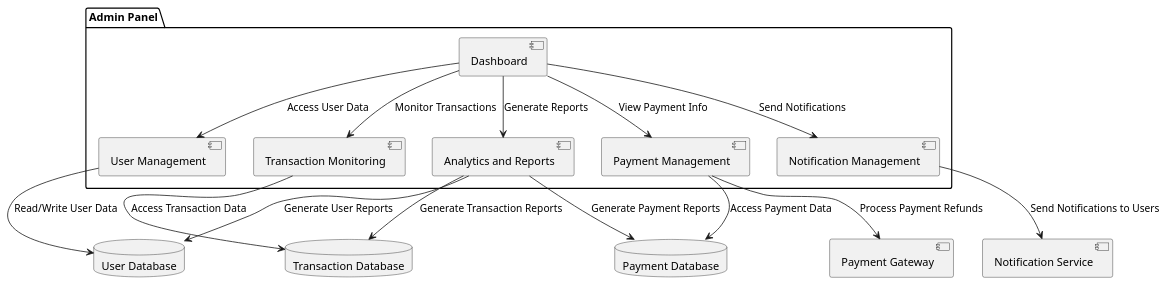
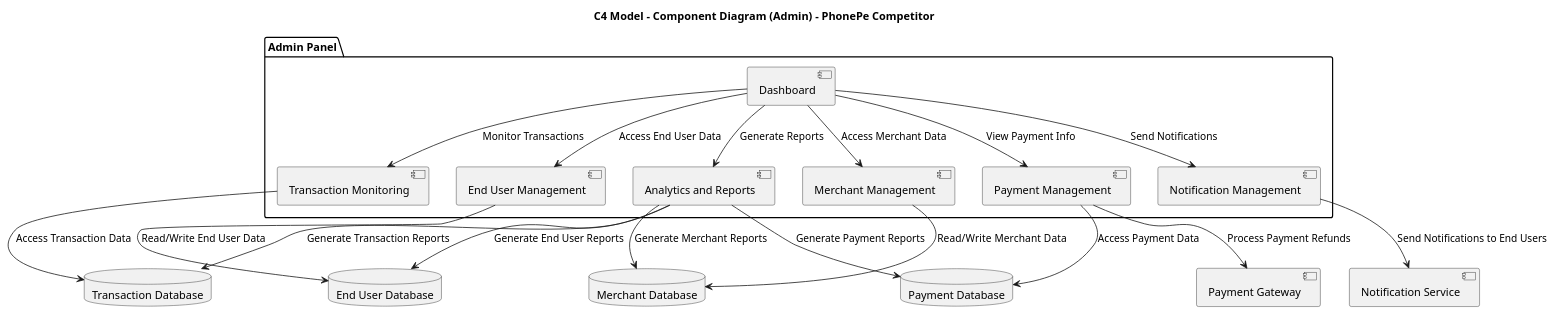
Before and after one commit to IIITLucknowSWEngg/CSITTeam014: the seventh of 8 diagrams in Assignment2/Architecture.md, drawn with PlantUML. The commit also changed other lines of this file, not shown here.

````diff
--- a/Assignment2/Architecture.md
+++ b/Assignment2/Architecture.md
@@ -291,41 +310,49 @@
 ```plantuml
 @startuml
 
 ' Define the system components for the Admin Panel
+title C4 Model - Component Diagram (Admin) - PhonePe Competitor
+
 package "Admin Panel" {
     component "Dashboard" as Dashboard
-    component "User Management" as UserManagement
+    component "End User Management" as UserManagement
+    component "Merchant Management" as MerchantManagement
     component "Transaction Monitoring" as TransactionMonitoring
     component "Payment Management" as PaymentManagement
     component "Analytics and Reports" as AnalyticsReports
     component "Notification Management" as NotificationManagement
 }
 
 ' External services used by the Admin Panel
-database "User Database" as UserDB
+database "End User Database" as UserDB
+database "Merchant Database" as MerchantDB
 database "Transaction Database" as TransactionDB
 database "Payment Database" as PaymentDB
 component "Notification Service" as NotificationService
 component "Payment Gateway" as PaymentGateway
 
 ' Relationships between Admin Panel components
-Dashboard --> UserManagement : Access User Data
+Dashboard --> UserManagement : Access End User Data
+Dashboard --> MerchantManagement : Access Merchant Data
 Dashboard --> TransactionMonitoring : Monitor Transactions
 Dashboard --> PaymentManagement : View Payment Info
 Dashboard --> AnalyticsReports : Generate Reports
 Dashboard --> NotificationManagement : Send Notifications
 
 ' Internal component interactions
-UserManagement --> UserDB : Read/Write User Data
+UserManagement --> UserDB : Read/Write End User Data
+MerchantManagement --> MerchantDB : Read/Write  Merchant Data
 TransactionMonitoring --> TransactionDB : Access Transaction Data
 PaymentManagement --> PaymentDB : Access Payment Data
-AnalyticsReports --> UserDB : Generate User Reports
+AnalyticsReports --> UserDB : Generate End User Reports
+AnalyticsReports --> MerchantDB : Generate Merchant Reports
 AnalyticsReports --> TransactionDB : Generate Transaction Reports
 AnalyticsReports --> PaymentDB : Generate Payment Reports
 
 ' External interactions
 PaymentManagement --> PaymentGateway : Process Payment Refunds
-NotificationManagement --> NotificationService : Send Notifications to Users
+NotificationManagement --> NotificationService : Send Notifications to End Users
 
 @enduml
+
 ```
````
